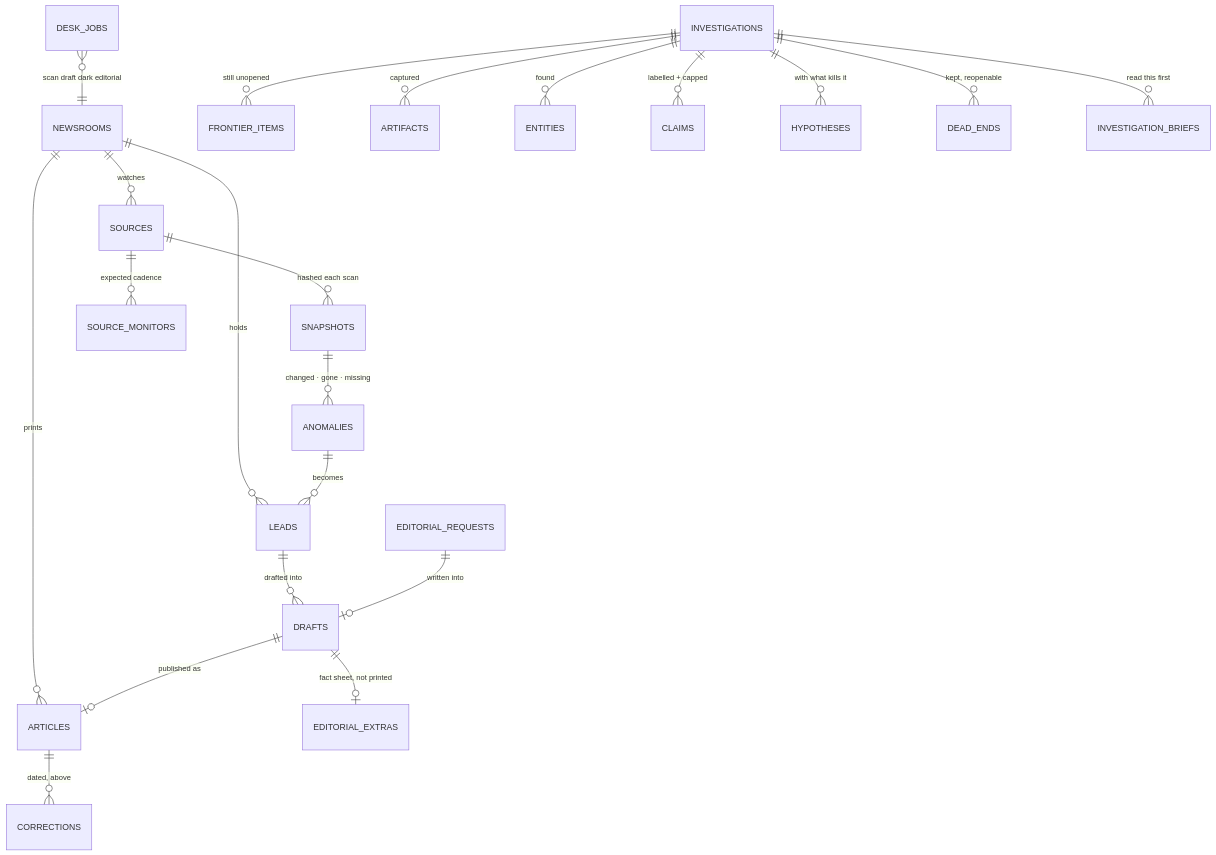
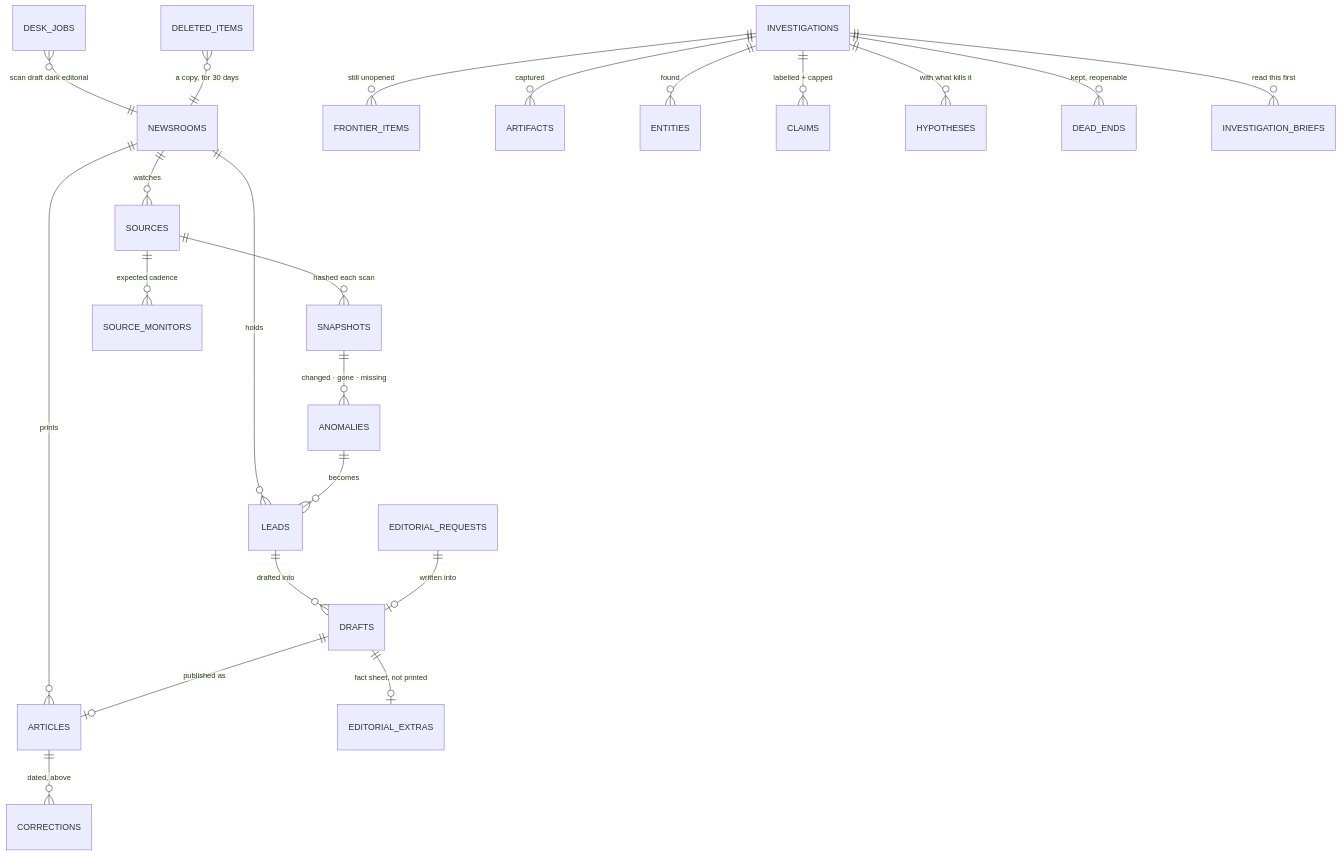
Before and after one commit to scottconverse/TownReporter: the seventh of 8 diagrams in docs/manual.md, drawn with Mermaid. The commit also changed other lines of this file and 12 other files, not shown here.

````diff
--- a/docs/manual.md
+++ b/docs/manual.md
@@ -594,23 +599,24 @@
 ```mermaid
 erDiagram
     NEWSROOMS ||--o{ SOURCES : watches
     NEWSROOMS ||--o{ LEADS : holds
     NEWSROOMS ||--o{ ARTICLES : prints
     SOURCES ||--o{ SNAPSHOTS : "hashed each scan"
     SOURCES ||--o{ SOURCE_MONITORS : "expected cadence"
     SNAPSHOTS ||--o{ ANOMALIES : "changed · gone · missing"
     ANOMALIES ||--o{ LEADS : becomes
     LEADS ||--o{ DRAFTS : "drafted into"
     DRAFTS ||--o| ARTICLES : "published as"
     ARTICLES ||--o{ CORRECTIONS : "dated, above"
     INVESTIGATIONS ||--o{ FRONTIER_ITEMS : "still unopened"
     INVESTIGATIONS ||--o{ ARTIFACTS : captured
     INVESTIGATIONS ||--o{ ENTITIES : found
     INVESTIGATIONS ||--o{ CLAIMS : "labelled + capped"
     INVESTIGATIONS ||--o{ HYPOTHESES : "with what kills it"
     INVESTIGATIONS ||--o{ DEAD_ENDS : "kept, reopenable"
     INVESTIGATIONS ||--o{ INVESTIGATION_BRIEFS : "read this first"
     EDITORIAL_REQUESTS ||--o| DRAFTS : "written into"
     DRAFTS ||--o| EDITORIAL_EXTRAS : "fact sheet, not printed"
     DESK_JOBS }o--|| NEWSROOMS : "scan draft dark editorial"
+    DELETED_ITEMS }o--|| NEWSROOMS : "a copy, for 30 days"
 ```
````
